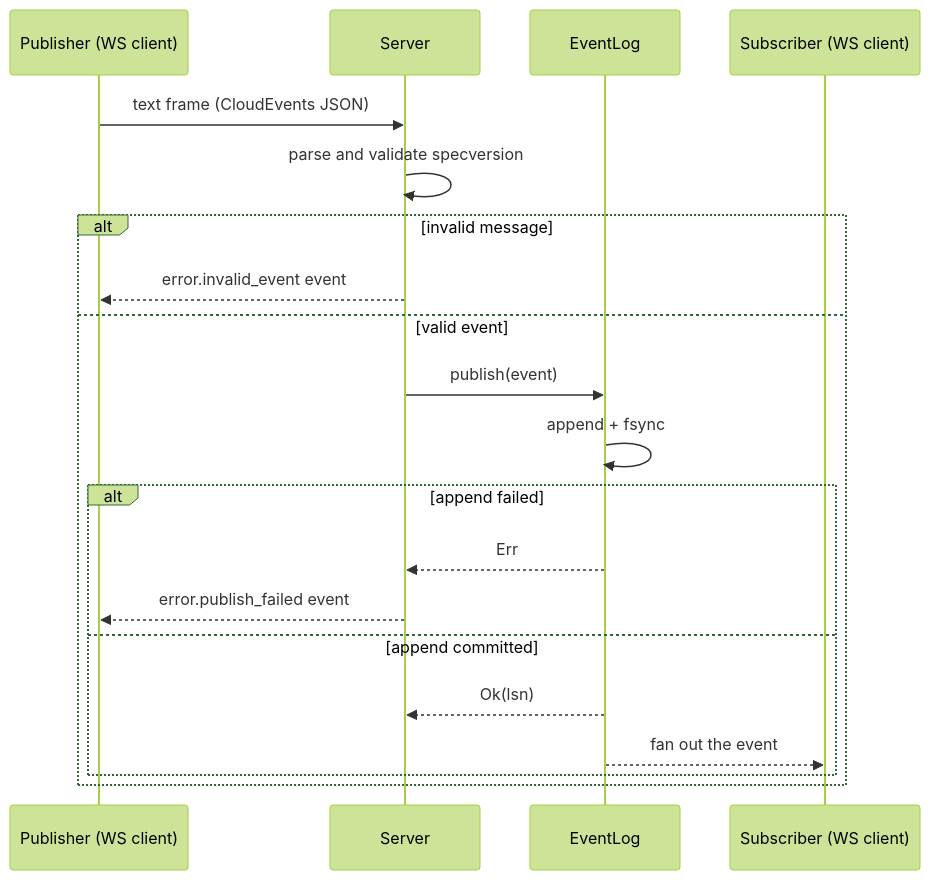
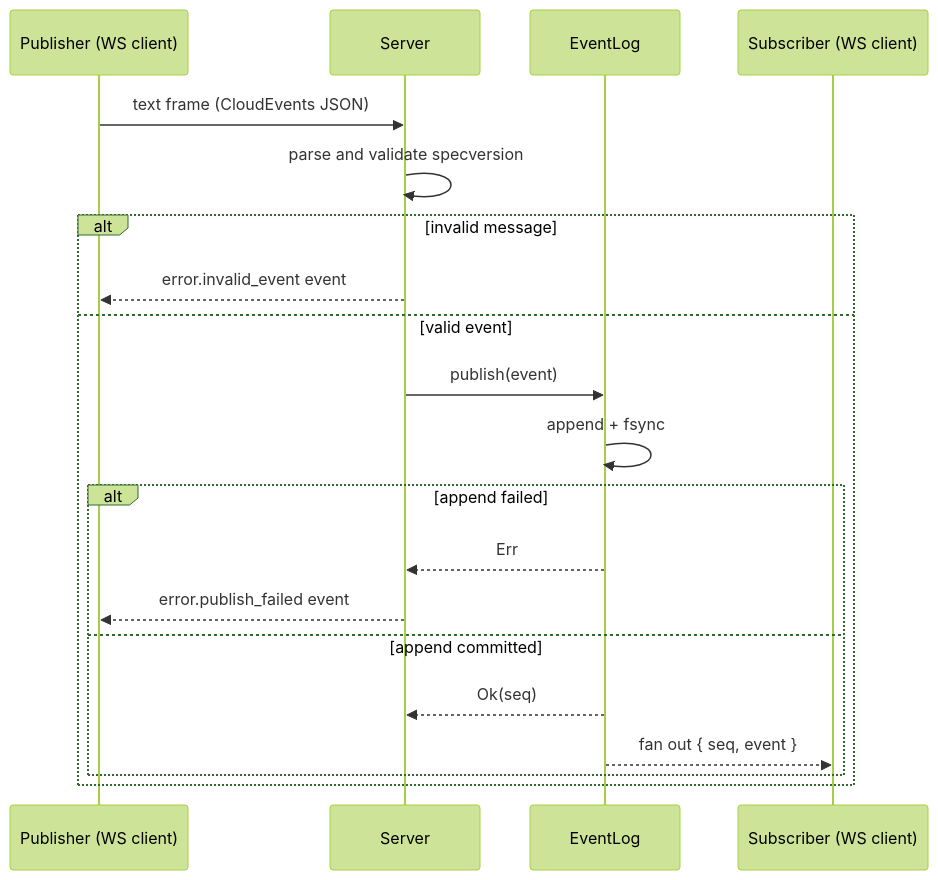
One commit to mokmok-dev/agent changed the second of 5 diagrams in docs/architecture.md. Above: the diagram before and after it, drawn with Mermaid (forest theme). The commit also changed other lines of this file and 10 other files, not shown here.

````diff
--- a/docs/architecture.md
+++ b/docs/architecture.md
@@ -78,23 +107,23 @@
 ```mermaid
 sequenceDiagram
     participant P as Publisher (WS client)
     participant S as Server
     participant L as EventLog
     participant C as Subscriber (WS client)
 
     P->>S: text frame (CloudEvents JSON)
     S->>S: parse and validate specversion
     alt invalid message
         S-->>P: error.invalid_event event
     else valid event
         S->>L: publish(event)
         L->>L: append + fsync
         alt append failed
             L-->>S: Err
             S-->>P: error.publish_failed event
         else append committed
-            L-->>S: Ok(lsn)
-            L-->>C: fan out the event
+            L-->>S: Ok(seq)
+            L-->>C: fan out { seq, event }
         end
     end
 ```
````
